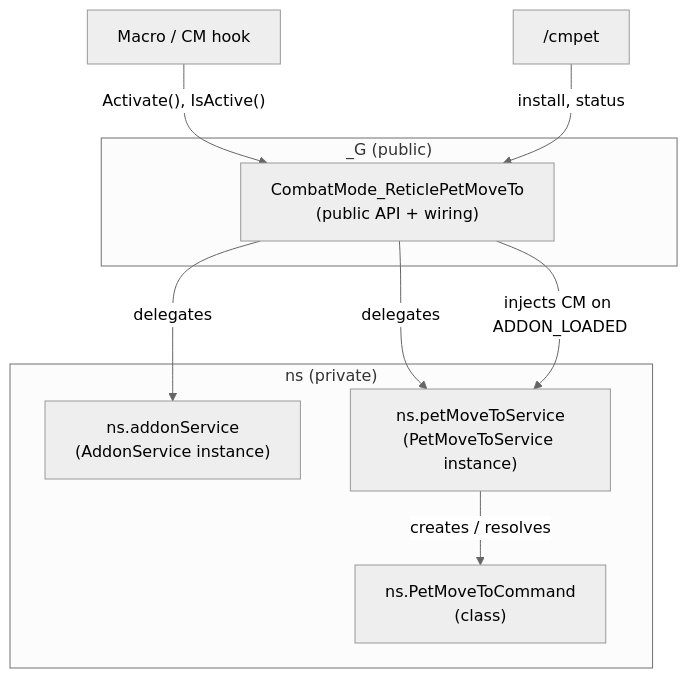
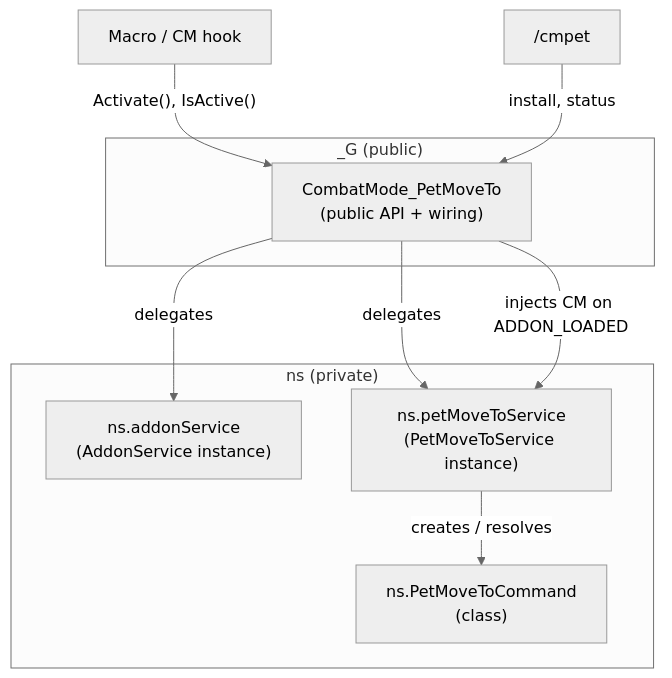
The third of 3 diagrams in README.md (JPDuchesne/CombatMode_PetMoveTo), drawn with Mermaid (neutral theme) before and after one commit. The commit also changed other lines of this file and 4 other files, not shown here.

First line of the commit message:
Rename to CombatMode_PetMoveTo

````diff
--- a/README.md
+++ b/README.md
@@ -105,19 +105,19 @@
 ```mermaid
 flowchart TD
     subgraph global ["_G (public)"]
-        API["CombatMode_ReticlePetMoveTo\n(public API + wiring)"]
+        API["CombatMode_PetMoveTo\n(public API + wiring)"]
     end
 
     subgraph private ["ns (private)"]
         AddonSvc["ns.addonService\n(AddonService instance)"]
         PetSvc["ns.petMoveToService\n(PetMoveToService instance)"]
         CmdClass["ns.PetMoveToCommand\n(class)"]
     end
 
     Macro["Macro / CM hook"] -->|"Activate(), IsActive()"| API
     SlashCmd["/cmpet"] -->|"install, status"| API
     API -->|delegates| PetSvc
     API -->|delegates| AddonSvc
     API -->|"injects CM on ADDON_LOADED"| PetSvc
     PetSvc -->|"creates / resolves"| CmdClass
 ```
````
